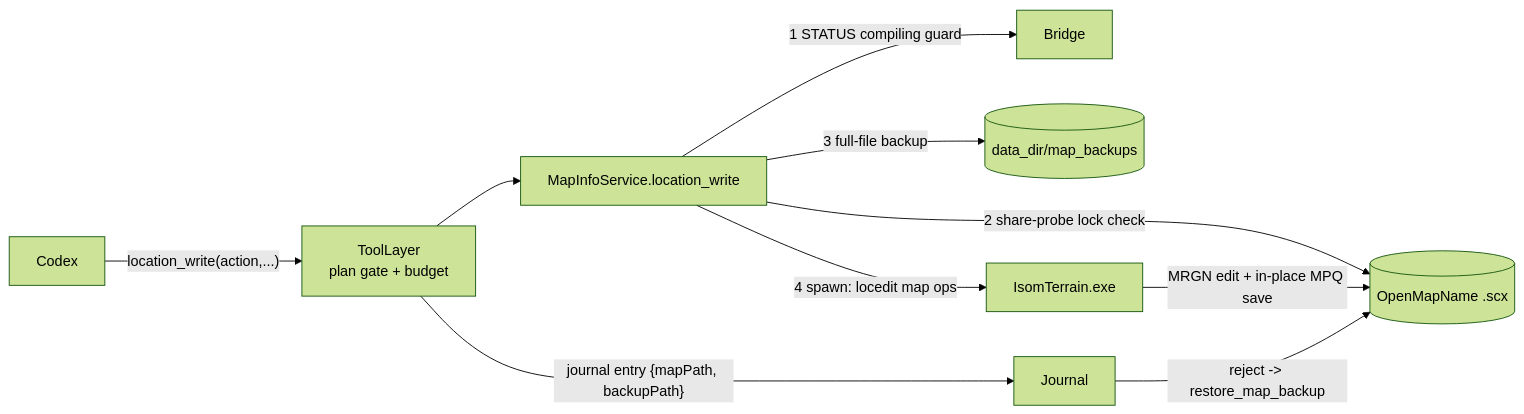
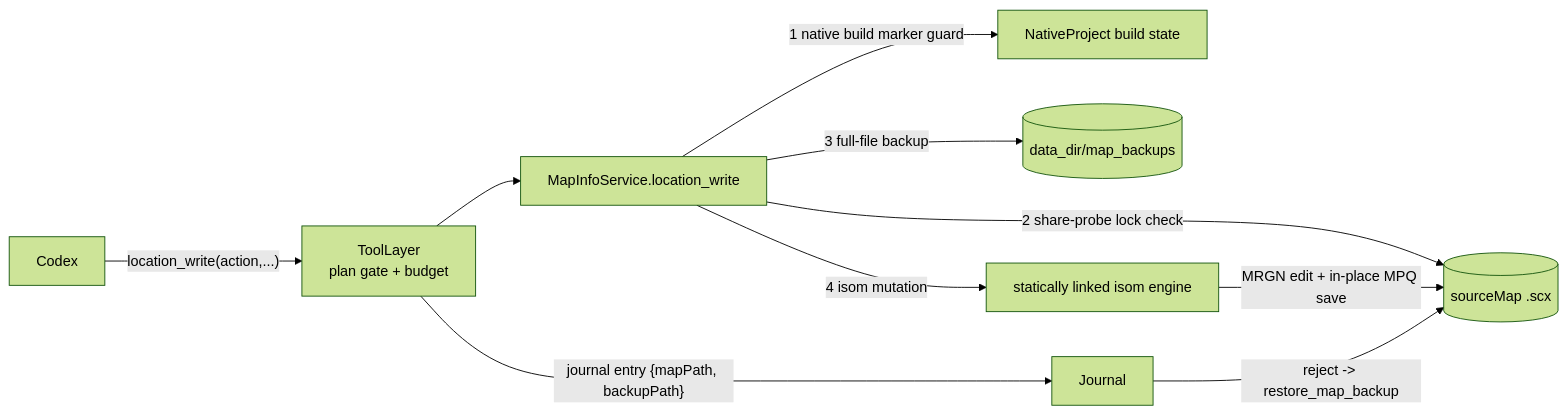
The diagram in hivemind/docs/features/09_location-write-tool.md (raravel/eud-agent), drawn with Mermaid (forest theme) before and after one commit. The commit also changed other lines of this file and 108 other files, not shown here.

````diff
--- a/hivemind/docs/features/09_location-write-tool.md
+++ b/hivemind/docs/features/09_location-write-tool.md
@@ -13,12 +13,12 @@
 ```mermaid
 graph LR
     Codex -- "location_write(action,...)" --> Tools[ToolLayer<br/>plan gate + budget]
     Tools --> Svc[MapInfoService.location_write]
-    Svc -- "1 STATUS compiling guard" --> Bridge
-    Svc -- "2 share-probe lock check" --> Map[(OpenMapName .scx)]
+    Svc -- "1 native build marker guard" --> Build[NativeProject build state]
+    Svc -- "2 share-probe lock check" --> Map[(sourceMap .scx)]
     Svc -- "3 full-file backup" --> Bak[(data_dir/map_backups)]
-    Svc -- "4 spawn: locedit map ops" --> Isom[IsomTerrain.exe]
+    Svc -- "4 isom mutation" --> Isom[statically linked isom engine]
     Isom -- "MRGN edit + in-place MPQ save" --> Map
     Tools -- "journal entry {mapPath, backupPath}" --> Journal
     Journal -- "reject -> restore_map_backup" --> Map
 ```
````
